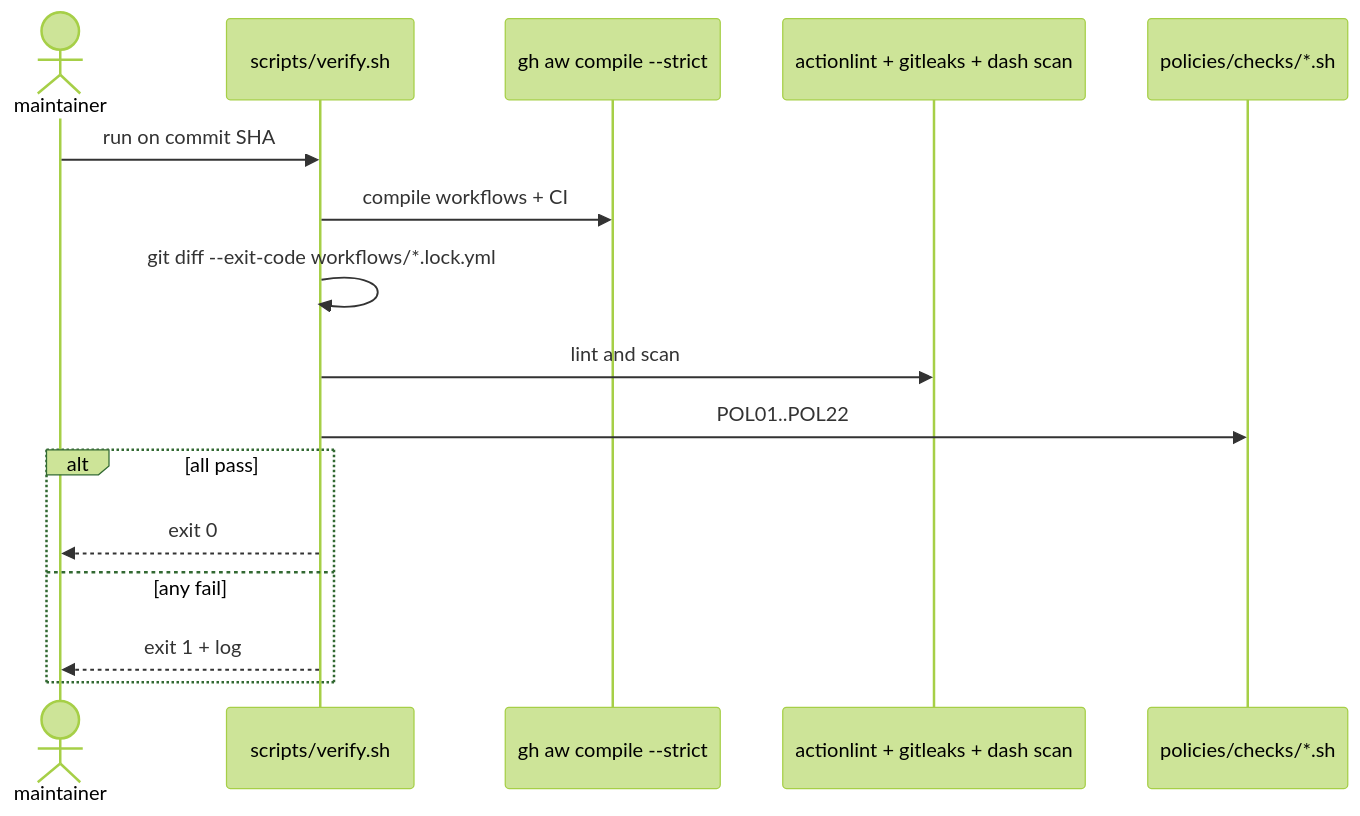
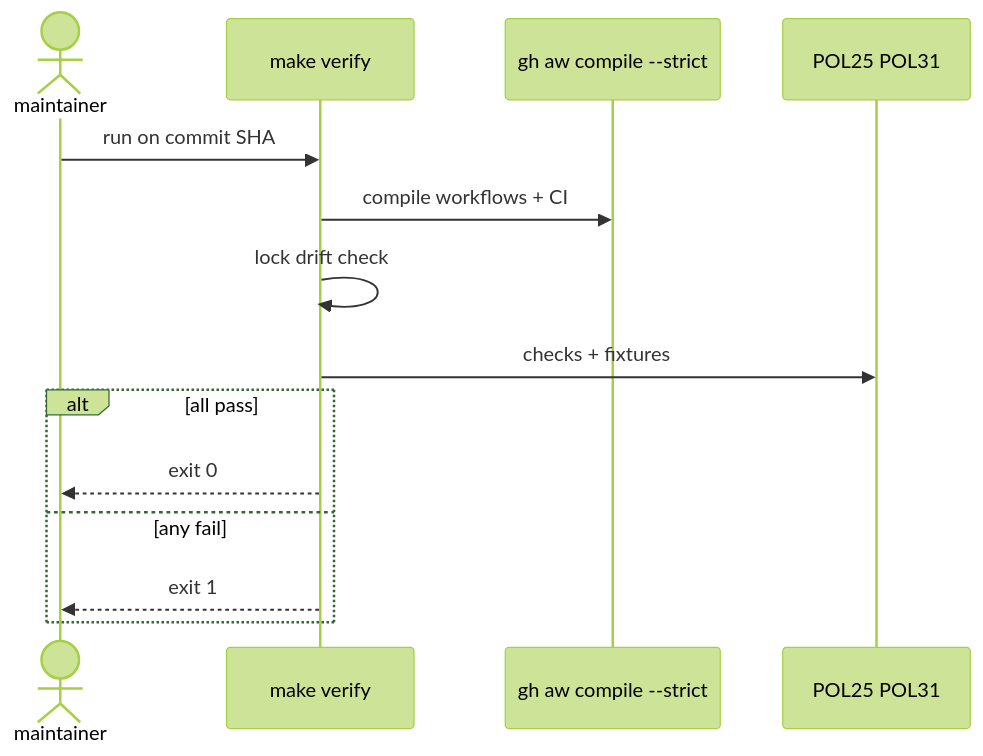
Before and after one commit to svennijhuis/agentic-workflows: the second of 2 diagrams in docs/pbi/done/C01-verify-script.md, drawn with Mermaid (forest theme). The commit also changed other lines of this file and 986 other files, not shown here.

````diff
--- a/docs/pbi/done/C01-verify-script.md
+++ b/docs/pbi/done/C01-verify-script.md
@@ -66,18 +56,16 @@
 ```mermaid
 sequenceDiagram
   actor Dev as maintainer
-  participant V as scripts/verify.sh
+  participant V as make verify
   participant C as gh aw compile --strict
-  participant L as actionlint + gitleaks + dash scan
-  participant P as policies/checks/*.sh
+  participant P as POL25 POL31
   Dev->>V: run on commit SHA
   V->>C: compile workflows + CI
-  V->>V: git diff --exit-code workflows/*.lock.yml
-  V->>L: lint and scan
-  V->>P: POL01..POL22
+  V->>V: lock drift check
+  V->>P: checks + fixtures
   alt all pass
     V-->>Dev: exit 0
   else any fail
-    V-->>Dev: exit 1 + log
+    V-->>Dev: exit 1
   end
 ```
````
